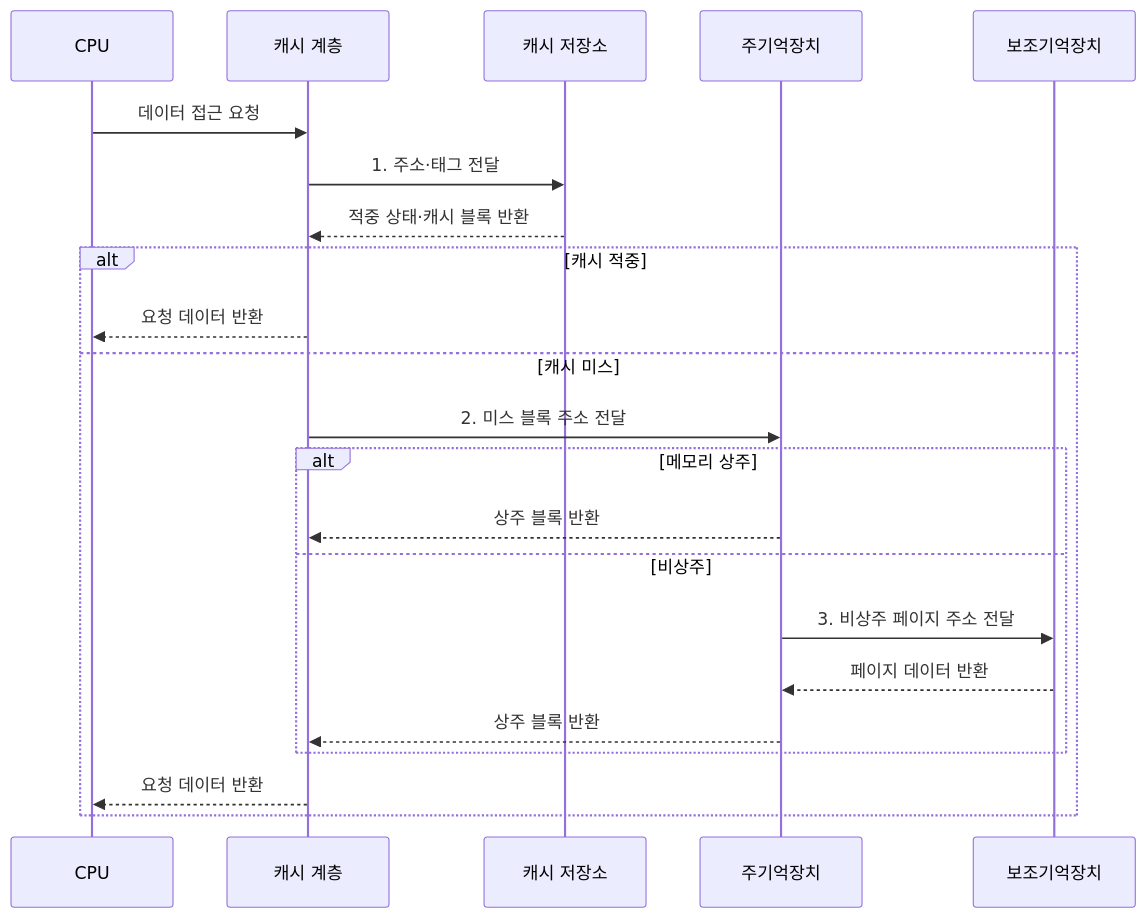
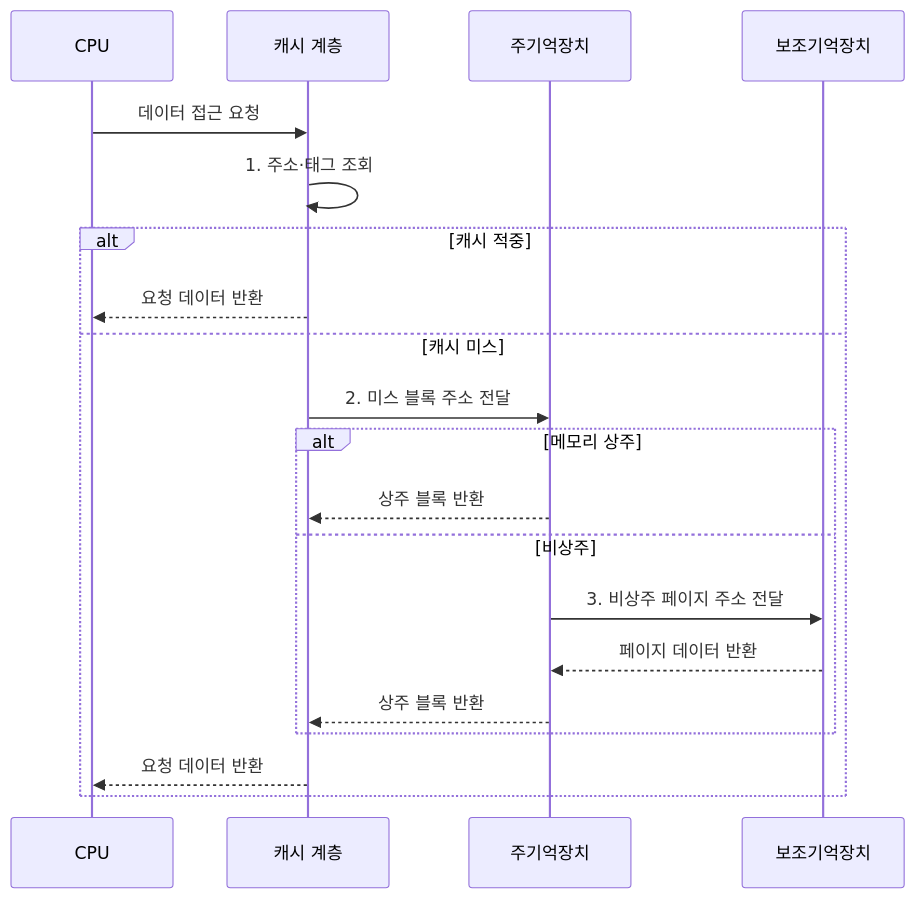
The second of 2 diagrams in src/content/docs/notes/02-hardware/022_memory_hierarchy.md (agnusdei1207/knowledge-base), drawn with Mermaid before and after one commit. The commit also changed other lines of this file and 1 other file, not shown here.

Commit message:
Reduce memory hierarchy flow actors

````diff
--- a/src/content/docs/notes/02-hardware/022_memory_hierarchy.md
+++ b/src/content/docs/notes/02-hardware/022_memory_hierarchy.md
@@ -98,24 +98,22 @@
 ```mermaid
 sequenceDiagram
     participant C as CPU
     participant L as 캐시 계층
-    participant T as 캐시 저장소
     participant M as 주기억장치
     participant S as 보조기억장치
     C->>L: 데이터 접근 요청
-    L->>T: 1. 주소·태그 전달
-    T-->>L: 적중 상태·캐시 블록 반환
+    L->>L: 1. 주소·태그 조회
     alt 캐시 적중
         L-->>C: 요청 데이터 반환
     else 캐시 미스
         L->>M: 2. 미스 블록 주소 전달
         alt 메모리 상주
             M-->>L: 상주 블록 반환
         else 비상주
             M->>S: 3. 비상주 페이지 주소 전달
             S-->>M: 페이지 데이터 반환
             M-->>L: 상주 블록 반환
         end
         L-->>C: 요청 데이터 반환
     end
 ```
````
